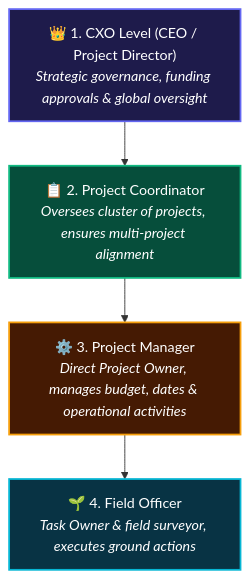
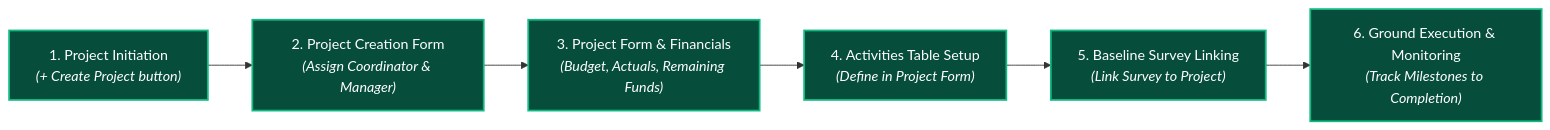
One commit to Krushi-Vikas/krushi-vikas changed the second of 5 diagrams in docs/PROJECT_FLOW_USER_JOURNEY.md. Above: the diagram before and after it, drawn with Mermaid. The commit also changed other lines of this file and 14 other files, not shown here.

Commit message:
docs: update project flow user journey with role-by-role walkthroughs and screenshots

````diff
--- a/docs/PROJECT_FLOW_USER_JOURNEY.md
+++ b/docs/PROJECT_FLOW_USER_JOURNEY.md
@@ -37,19 +34,11 @@
 ```mermaid
-graph TD
-    CXO["👑 1. CXO Level (CEO / Project Director)<br/><i>Strategic governance, funding approvals & global oversight</i>"]
-    PC["📋 2. Project Coordinator<br/><i>Oversees cluster of projects, ensures multi-project alignment</i>"]
-    PM["⚙️ 3. Project Manager<br/><i>Direct Project Owner, manages budget, dates & operational activities</i>"]
-    FO["🌱 4. Field Officer<br/><i>Task Owner & field surveyor, executes ground actions</i>"]
+flowchart LR
+    A["1. Project Initiation<br/><i>(+ Create Project button)</i>"] --> B["2. Project Creation Form<br/><i>(Assign Coordinator & Manager)</i>"]
+    B --> C["3. Project Form & Financials<br/><i>(Budget, Actuals, Remaining Funds)</i>"]
+    C --> D["4. Activities Table Setup<br/><i>(Define in Project Form)</i>"]
+    D --> E["5. Baseline Survey Linking<br/><i>(Link Survey to Project)</i>"]
+    E --> F["6. Ground Execution & Monitoring<br/><i>(Track Milestones to Completion)</i>"]
 
-    CXO --> PC --> PM --> FO
-
-    classDef cxo fill:#1e1b4b,stroke:#6366f1,stroke-width:2px,color:#fff;
-    classDef coord fill:#064e3b,stroke:#10b981,stroke-width:2px,color:#fff;
-    classDef mgr fill:#451a03,stroke:#f59e0b,stroke-width:2px,color:#fff;
-    classDef fo fill:#083344,stroke:#06b6d4,stroke-width:2px,color:#fff;
-
-    class CXO cxo;
-    class PC coord;
-    class PM mgr;
-    class FO fo;
+    classDef step fill:#064e3b,stroke:#10b981,stroke-width:2px,color:#fff;
+    class A,B,C,D,E,F step;
 ```
````
